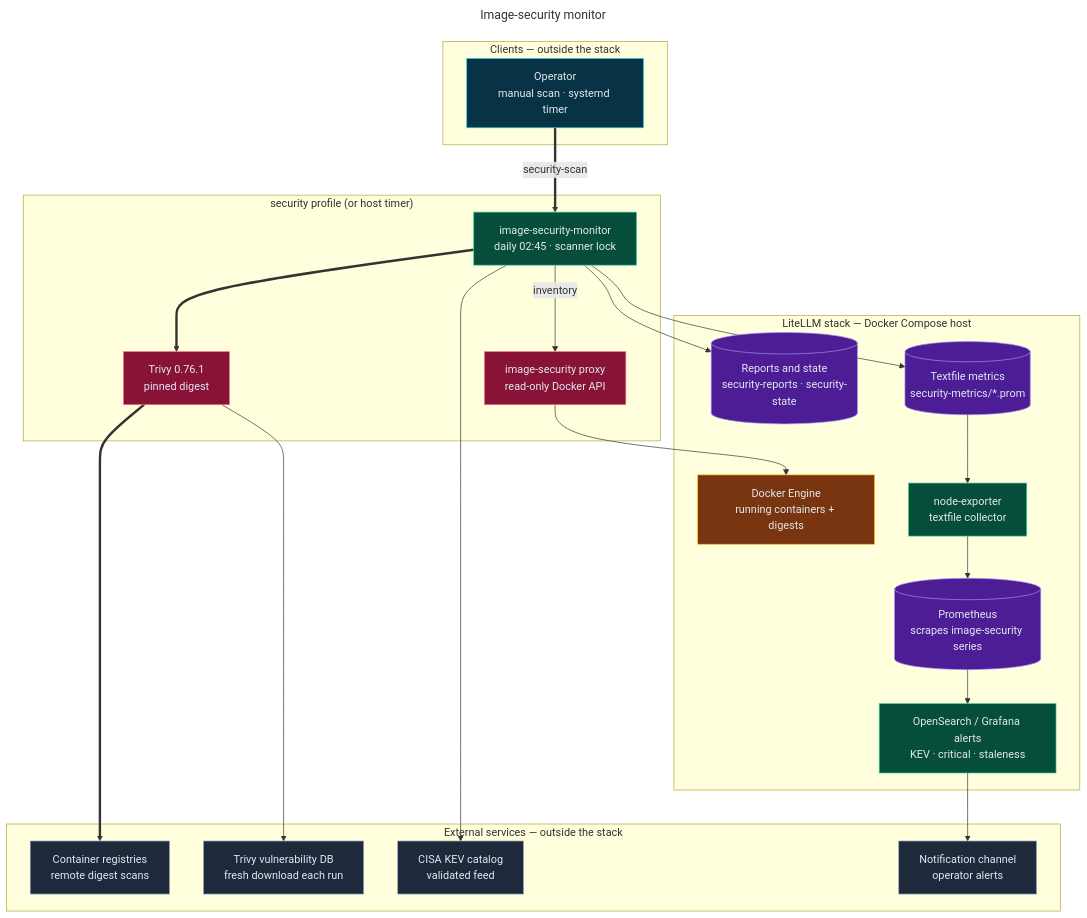
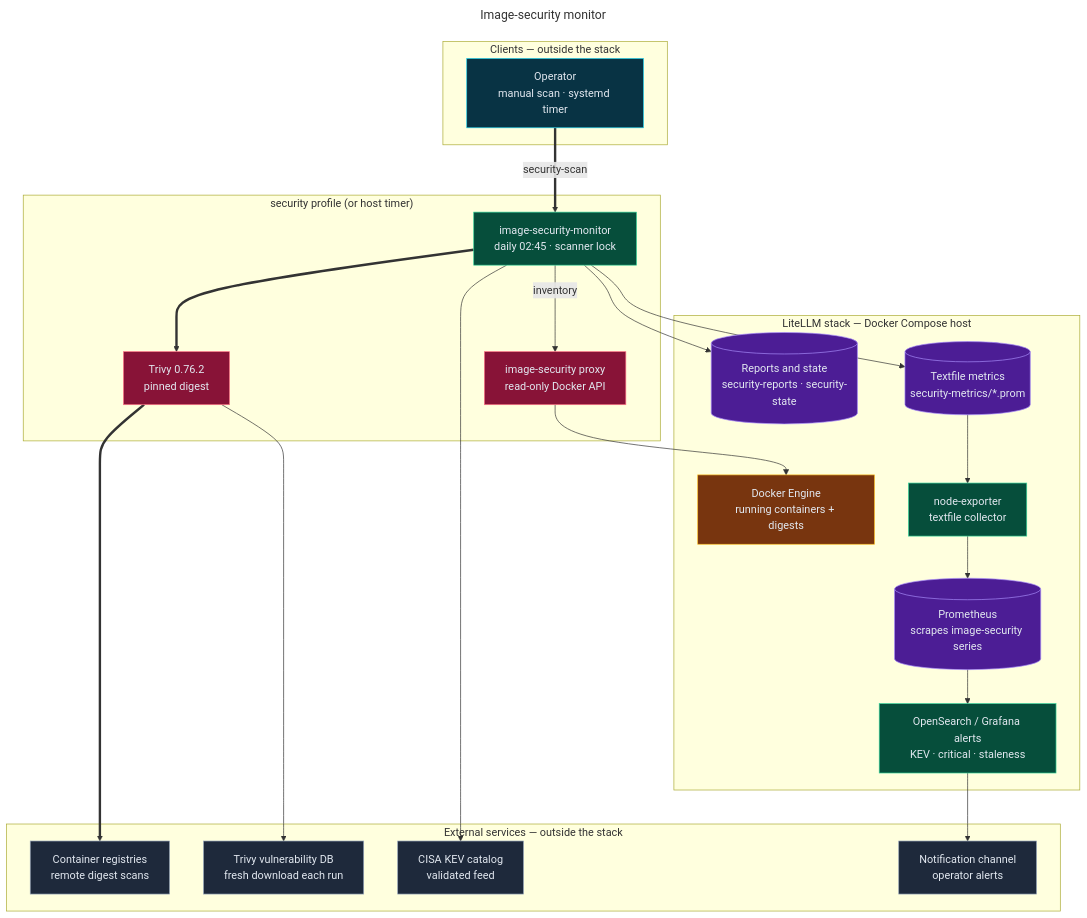
Before and after one commit to bella-1337/effective-spoon: the diagram in diagrams/08-image-security.mmd, drawn with Mermaid. The commit also changed 8 other files, not shown here.

```diff
--- a/diagrams/08-image-security.mmd
+++ b/diagrams/08-image-security.mmd
@@ -1,57 +1,57 @@
 ---
 title: Image-security monitor
 ---
 flowchart TD
   %% Source for 08-image-security.html. Edit this file, then run ./scripts/render-diagrams.py.
   %% Directives: docs in diagrams/README.md (Updating diagrams).
   %% @mode architecture
   %% @subtitle Scheduled Trivy and CISA KEV scanning of the digests actually running, with private reports and Prometheus alerts
   %% @card cyan | Scan scope | Every running service, using the platform-specific digest | Registry images are scanned remotely without the Docker socket | Local or mutable images are reported unknown, not clean
   %% @card violet | Evidence | Private Trivy JSON and KEV evidence (0700 / 0600) | One aggregate textfile with no CVE IDs or secrets | SBOMs and licence evidence are generated after each scan
   %% @card rose | Policy | Scheduled mode fails only on operational errors | --enforce also fails on an unexcepted KEV or fixable Critical | Exceptions are time-limited and alert before expiry
   %% @journey #22d3ee: OP MON TV REG
   %% @journey #fb7185: MON TXT NE PM ALR NC
 
   subgraph CL["Clients — outside the stack"]
     OP["Operator<br/>manual scan · systemd timer"]:::frontend
   end
   subgraph SEC["security profile (or host timer)"]
     MON["image-security-monitor<br/>daily 02:45 · scanner lock"]:::backend
     SDP["image-security proxy<br/>read-only Docker API"]:::security
-    TV["Trivy 0.76.1<br/>pinned digest"]:::security
+    TV["Trivy 0.76.2<br/>pinned digest"]:::security
   end
   subgraph ST["LiteLLM stack — Docker Compose host"]
     DOCK["Docker Engine<br/>running containers + digests"]:::cloud
     RPT[("Reports and state<br/>security-reports · security-state")]:::database
     TXT[("Textfile metrics<br/>security-metrics/*.prom")]:::database
     NE["node-exporter<br/>textfile collector"]:::backend
     PM[("Prometheus<br/>scrapes image-security series")]:::database
     ALR["OpenSearch / Grafana alerts<br/>KEV · critical · staleness"]:::backend
   end
   subgraph EX["External services — outside the stack"]
     REG["Container registries<br/>remote digest scans"]:::external
     TDB["Trivy vulnerability DB<br/>fresh download each run"]:::external
     KEV["CISA KEV catalog<br/>validated feed"]:::external
     NC["Notification channel<br/>operator alerts"]:::external
   end
 
   OP ==>|"security-scan"| MON
   MON -->|"inventory"| SDP
   SDP --> DOCK
   MON ==> TV
   MON --> RPT
   MON --> TXT
   TXT --> NE
   NE --> PM
   PM --> ALR
   TV ==> REG
   TV --> TDB
   MON --> KEV
   ALR --> NC
 
   classDef backend fill:#064e3b,stroke:#34d399,color:#e2e8f0
   classDef cloud fill:#78350f,stroke:#fbbf24,color:#e2e8f0
   classDef database fill:#4c1d95,stroke:#a78bfa,color:#e2e8f0
   classDef external fill:#1e293b,stroke:#94a3b8,color:#e2e8f0
   classDef frontend fill:#083344,stroke:#22d3ee,color:#e2e8f0
   classDef security fill:#881337,stroke:#fb7185,color:#e2e8f0
```
